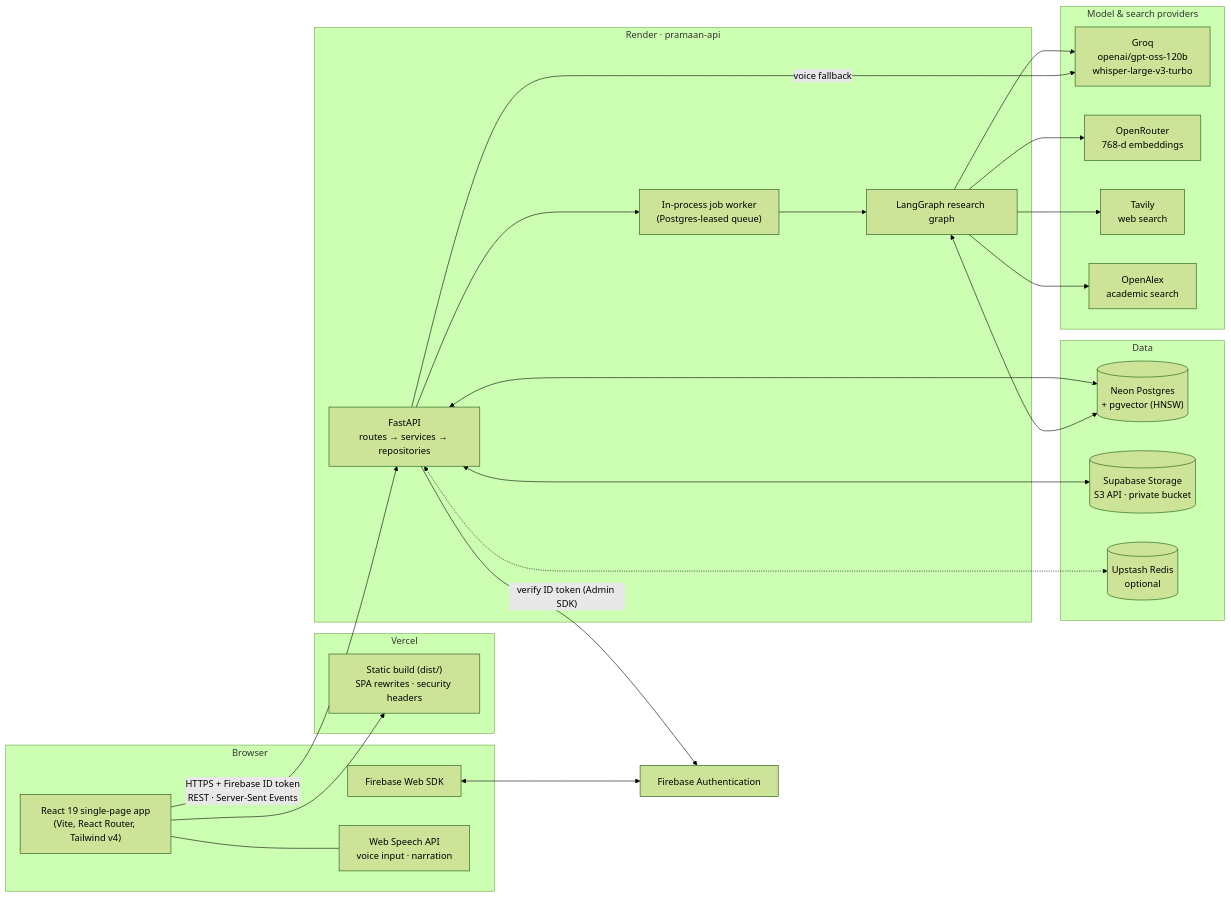
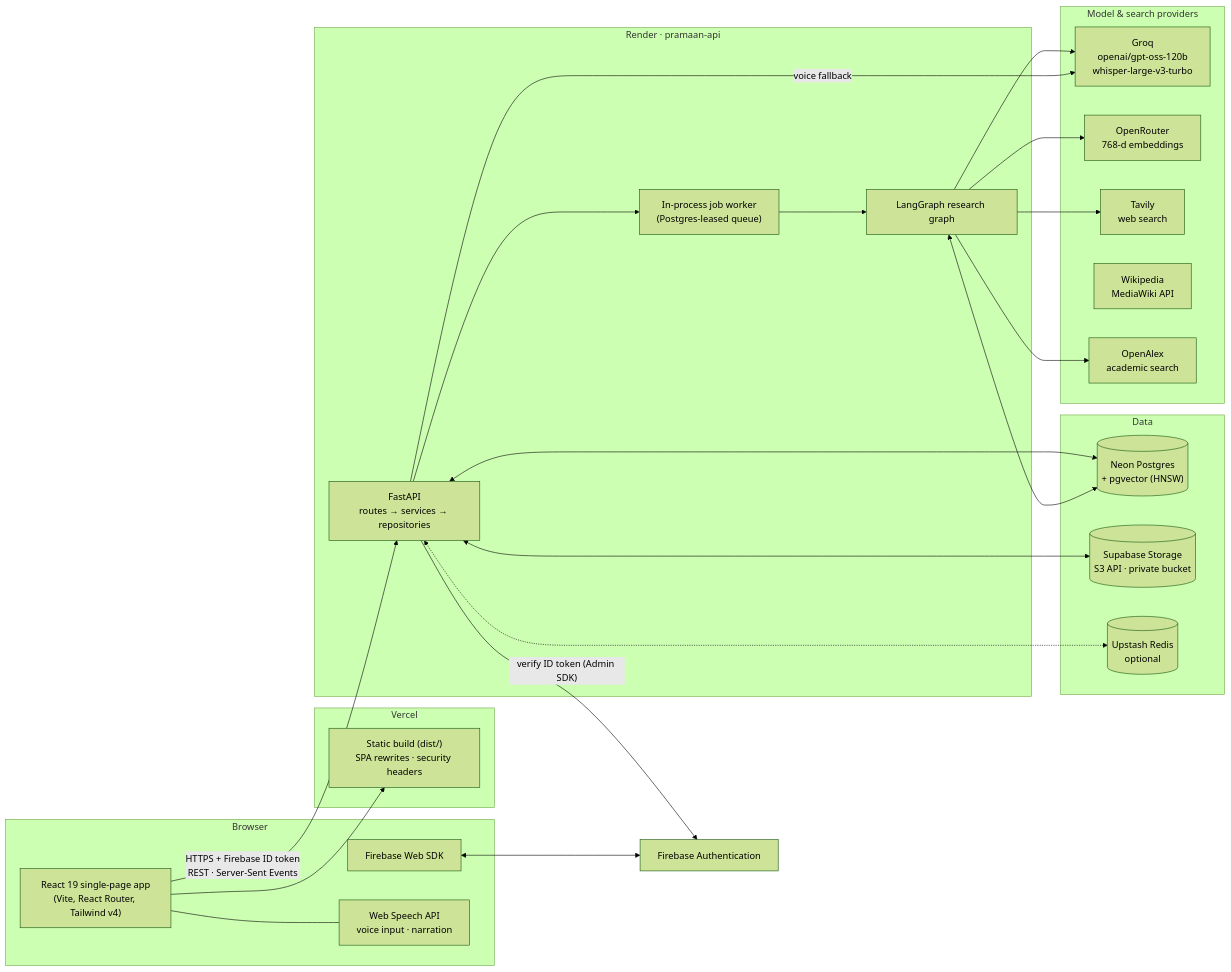
Before and after one commit to Nakshatra480/Pramaan-AI: the first of 11 diagrams in README.md, drawn with Mermaid (forest theme). The commit also changed other lines of this file and 6 other files, not shown here.

````diff
--- a/README.md
+++ b/README.md
@@ -35,49 +35,50 @@
 ```mermaid
 flowchart LR
     subgraph Client["Browser"]
         UI["React 19 single-page app<br/>(Vite, React Router, Tailwind v4)"]
         FBSDK["Firebase Web SDK"]
         SPEECH["Web Speech API<br/>voice input · narration"]
     end
 
     subgraph Vercel["Vercel"]
         HOST["Static build (dist/)<br/>SPA rewrites · security headers"]
     end
 
     subgraph Render["Render · pramaan-api"]
         API["FastAPI<br/>routes → services → repositories"]
         WORKER["In-process job worker<br/>(Postgres-leased queue)"]
         GRAPH["LangGraph research graph"]
     end
 
     subgraph Data["Data"]
         NEON[("Neon Postgres<br/>+ pgvector (HNSW)")]
         SUPA[("Supabase Storage<br/>S3 API · private bucket")]
         REDIS[("Upstash Redis<br/>optional")]
     end
 
     subgraph Providers["Model & search providers"]
         GROQ["Groq<br/>openai/gpt-oss-120b<br/>whisper-large-v3-turbo"]
         OR["OpenRouter<br/>768-d embeddings"]
         TAV["Tavily<br/>web search"]
+        WIKI["Wikipedia<br/>MediaWiki API"]
         OA["OpenAlex<br/>academic search"]
     end
 
     FIREBASE["Firebase Authentication"]
 
     UI --> HOST
     UI --- SPEECH
     FBSDK <--> FIREBASE
     UI -- "HTTPS + Firebase ID token<br/>REST · Server-Sent Events" --> API
     API -- "verify ID token (Admin SDK)" --> FIREBASE
     API <--> NEON
     API <--> SUPA
     API <-.-> REDIS
     API --> WORKER --> GRAPH
     GRAPH --> GROQ
     GRAPH --> OR
     GRAPH --> TAV
     GRAPH --> OA
     GRAPH <--> NEON
     API -- "voice fallback" --> GROQ
 ```
````
